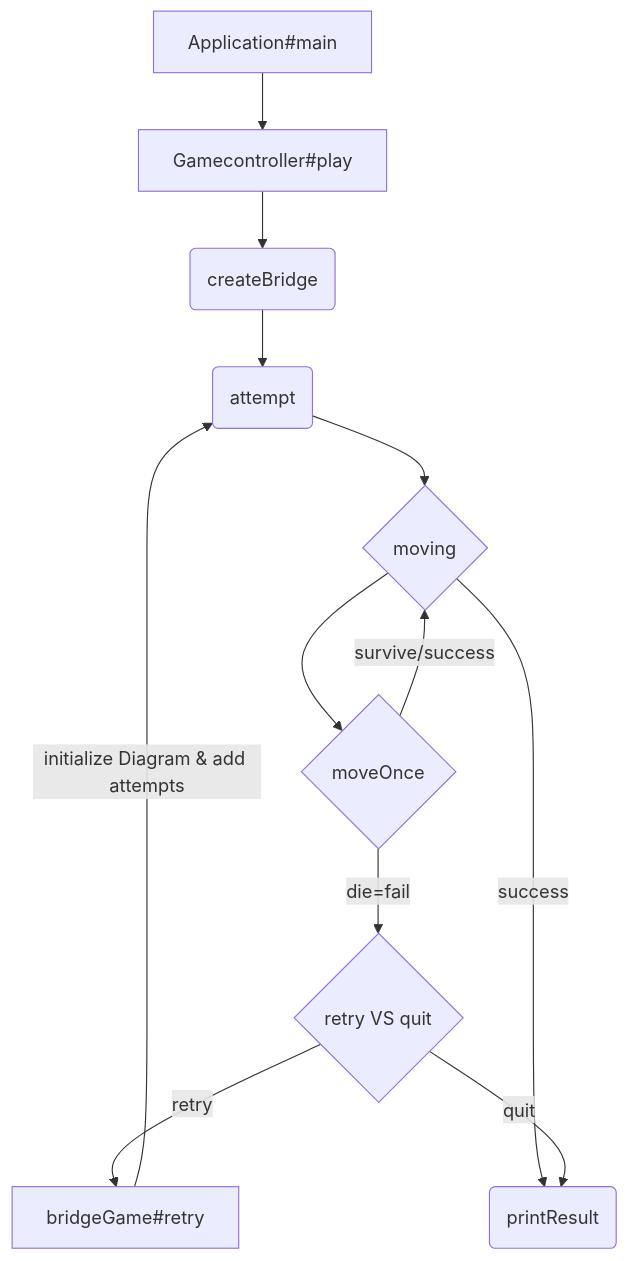
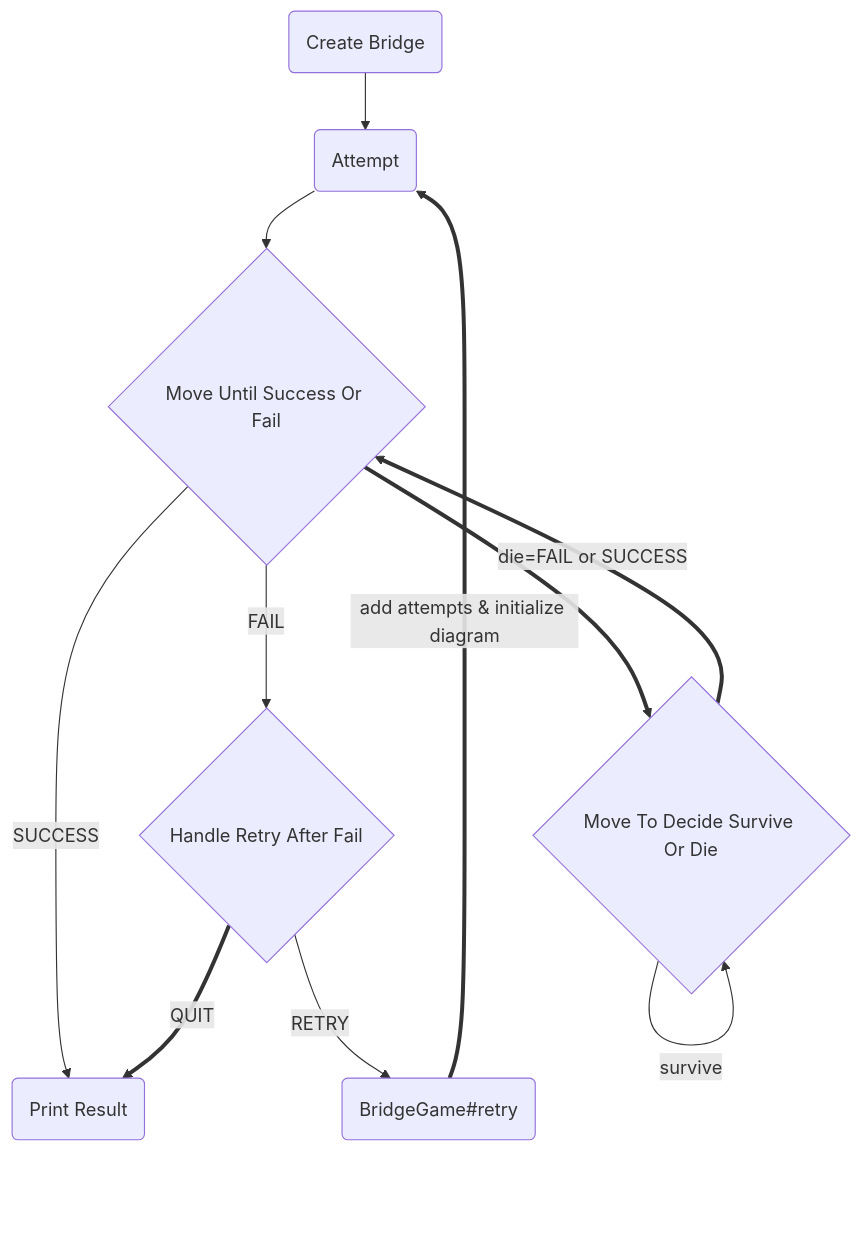
The diagram in README.md (woowacourse-precourse/java-bridge), drawn with Mermaid before and after one commit.

Commit message:
docs: 게임 플로우차트 업데이트

````diff
--- a/README.md
+++ b/README.md
@@ -5,14 +5,14 @@
 ```mermaid
 graph TD
-A[Application#main] --> B[Gamecontroller#play]
-B --> C(createBridge)
-C --> D(attempt)
-D --> E{moving}
-E-->O{moveOnce}
-O-->|survive/success|E 
-E-->|success|Y
-O-->|die=fail|X{retry VS quit}
-X-->|retry|F[bridgeGame#retry]
-F-->|initialize Diagram & add attempts|D
-X-->|quit|Y(printResult)
+A(Create Bridge) --> B(Attempt)
+B --> C{Move Until Success Or Fail}
+C ==> D{Move To Decide Survive Or Die}
+D --> |survive|D
+D ==> |die=FAIL or SUCCESS|C
+C --> |SUCCESS|G(Print Result)
+C --> |FAIL|E{Handle Retry After Fail}
+E --> |RETRY|F(BridgeGame#retry)
+F ==> |add attempts & initialize diagram|B
+E ==> |QUIT|G
+
 ```
````
